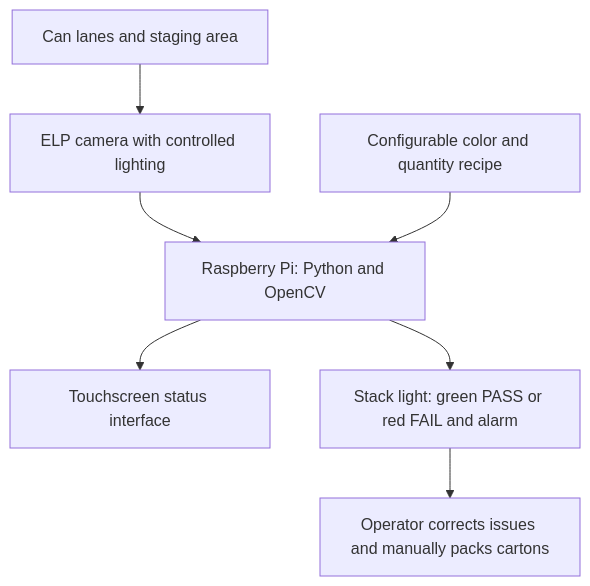
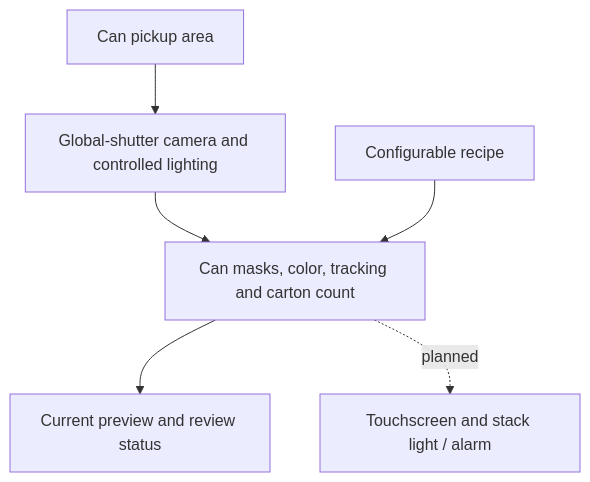
One commit to AlrJohn/CS488_Team1_Capstone changed the diagram in README.md. Above: the diagram before and after it, drawn with Mermaid. The commit also changed other lines of this file and 96 other files, not shown here.

````diff
--- a/README.md
+++ b/README.md
@@ -23,9 +23,8 @@
 ```mermaid
 flowchart TD
-    A[Can lanes and staging area] --> B[ELP camera with controlled lighting]
-    B --> C[Raspberry Pi: Python and OpenCV]
-    R[Configurable color and quantity recipe] --> C
-    C --> D[Touchscreen status interface]
-    C --> E[Stack light: green PASS or red FAIL and alarm]
-    E --> F[Operator corrects issues and manually packs cartons]
+    A[Can pickup area] --> B[Global-shutter camera and controlled lighting]
+    B --> C[Can masks, color, tracking and carton count]
+    R[Configurable recipe] --> C
+    C --> D[Current preview and review status]
+    C -. planned .-> E[Touchscreen and stack light / alarm]
 ```
````
